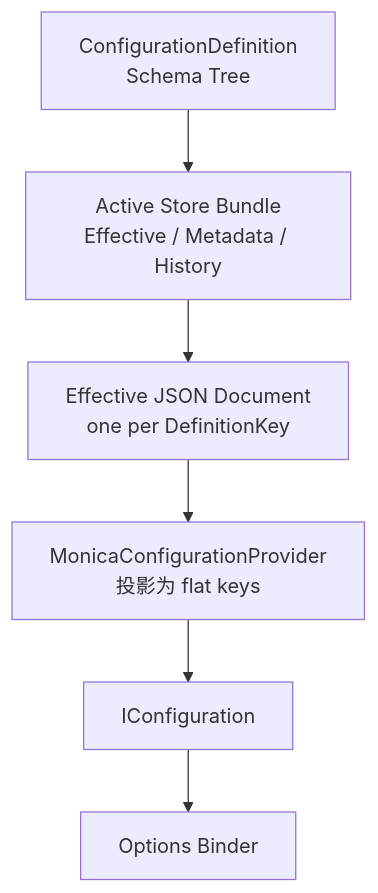
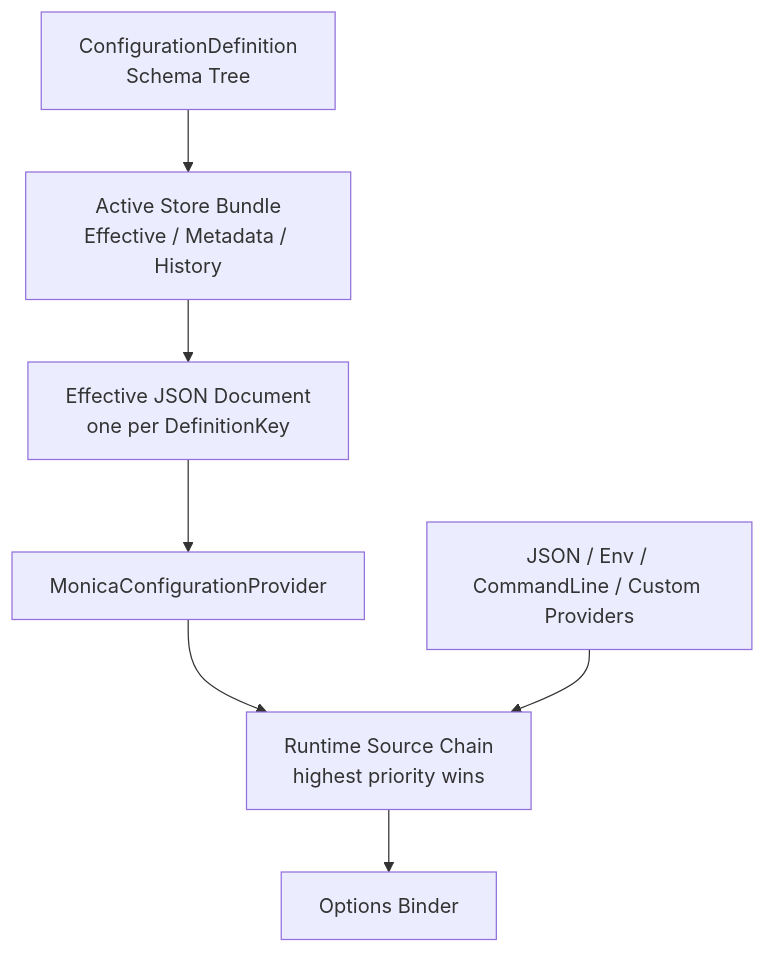
One commit to Tairitsua/Monica.Docs changed the first of 3 diagrams in docs/zh-CN/modules/configuration/concepts.md. Above: the diagram before and after it, drawn with Mermaid. The commit also changed other lines of this file and 10 other files, not shown here.

Commit message:
docs(configuration): refresh storage and source-chain docs

````diff
--- a/docs/zh-CN/modules/configuration/concepts.md
+++ b/docs/zh-CN/modules/configuration/concepts.md
@@ -20,11 +19,13 @@
 ```mermaid
 flowchart TB
     schema["ConfigurationDefinition<br/>Schema Tree"]
     store["Active Store Bundle<br/>Effective / Metadata / History"]
     document["Effective JSON Document<br/>one per DefinitionKey"]
-    project["MonicaConfigurationProvider<br/>投影为 flat keys"]
-    iconfig["IConfiguration"]
+    monicaProvider["MonicaConfigurationProvider"]
+    external["JSON / Env / CommandLine / Custom Providers"]
+    chain["Runtime Source Chain<br/>highest priority wins"]
     options["Options Binder"]
 
-    schema --> store --> document --> project --> iconfig --> options
+    schema --> store --> document --> monicaProvider --> chain --> options
+    external --> chain
 ```
````
